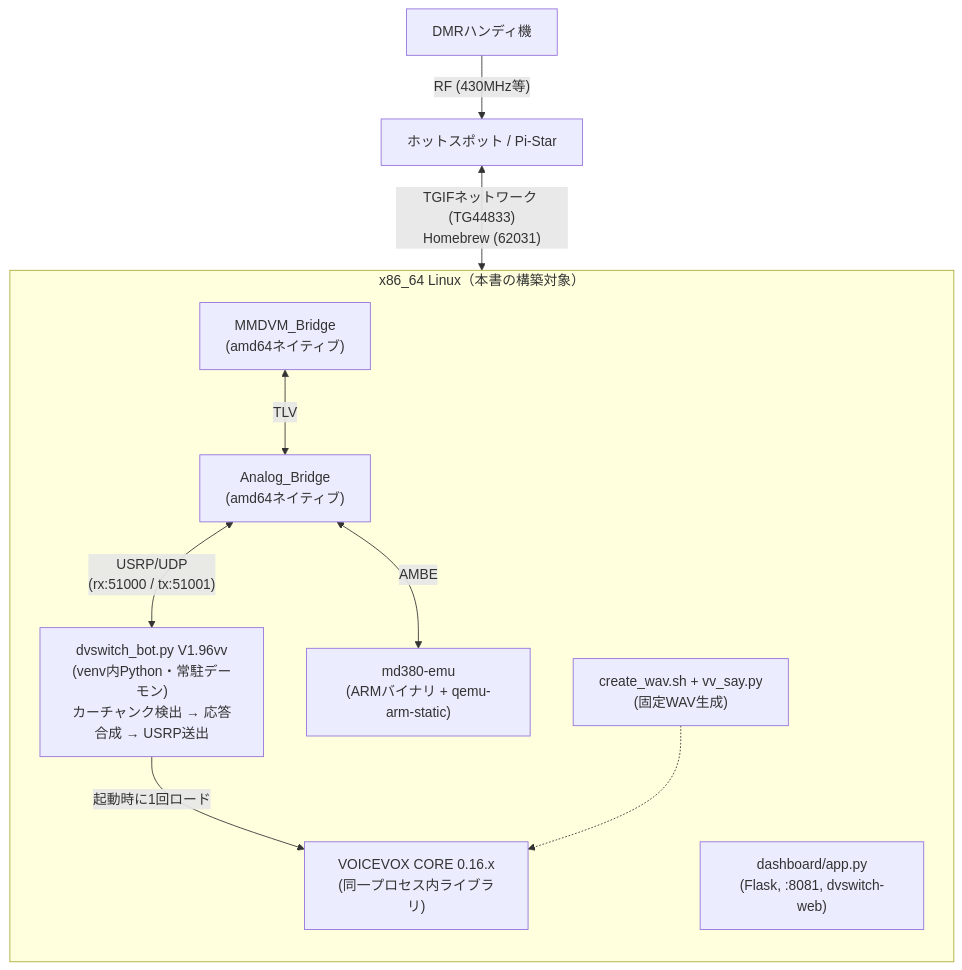
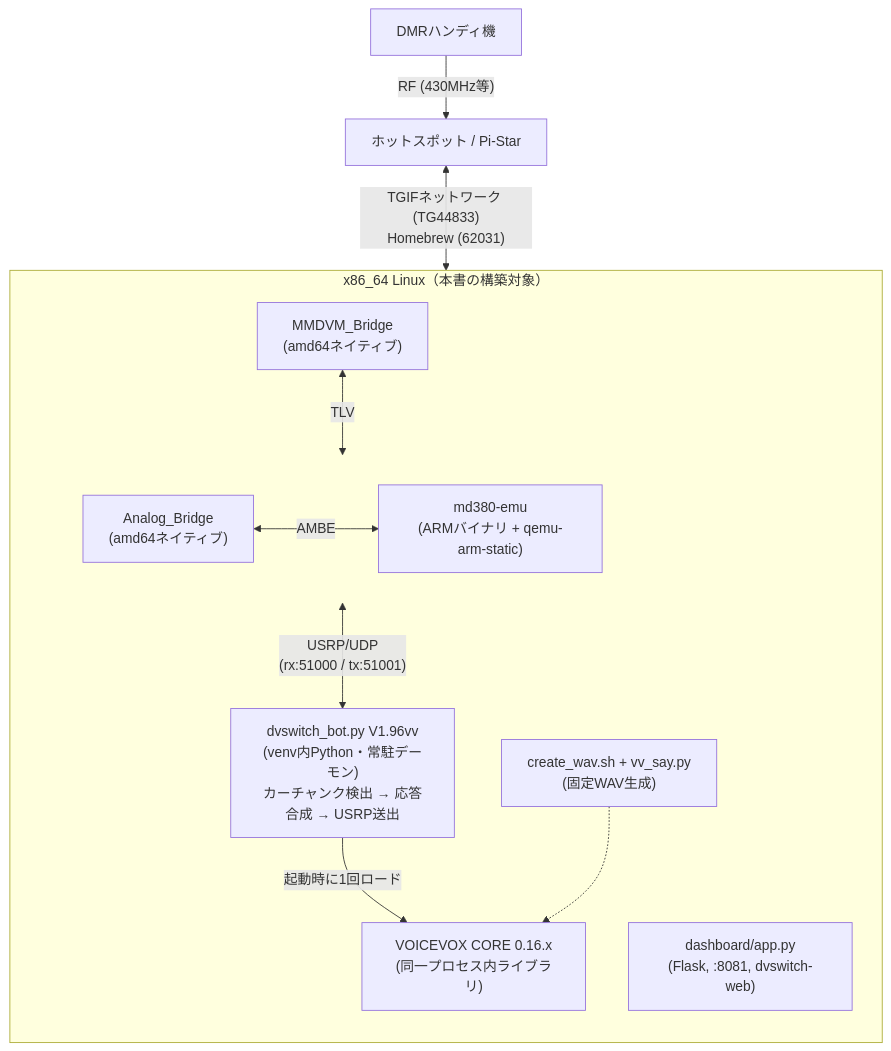
The diagram in dvs_ocv_vv/OpenCCVoice for DVSwitch VV版（VOICEVOX）構築手順書.md (ji2tab/OpenCCVoice-For-DVSwitch), drawn with Mermaid before and after one commit.

Commit message:
docs(vv): 0.2 構成図で md380-emu を Analog_Bridge の右横に配置（縦のスパインを直線化）
Analog_Bridge と md380-emu を direction LR の子サブグラフにまとめて横並びにし、AMBE リンクを水平化。MMDVM_Bridge→Analog_Bridge→dvswitch_bot.py の縦続きが直線になるよう整形。情報・接続関係は不変。

````diff
--- a/dvs_ocv_vv/OpenCCVoice for DVSwitch VV版（VOICEVOX）構築手順書.md
+++ b/dvs_ocv_vv/OpenCCVoice for DVSwitch VV版（VOICEVOX）構築手順書.md
@@ -22,22 +22,26 @@
 ```mermaid
 flowchart TD
     HT["DMRハンディ機"] -- "RF (430MHz等)" --> HS["ホットスポット / Pi-Star"]
     HS <-- "TGIFネットワーク (TG44833)<br/>Homebrew (62031)" --> MB
 
     subgraph HOST ["x86_64 Linux（本書の構築対象）"]
         direction TB
         MB["MMDVM_Bridge<br/>(amd64ネイティブ)"]
-        AB["Analog_Bridge<br/>(amd64ネイティブ)"]
-        EMU["md380-emu<br/>(ARMバイナリ + qemu-arm-static)"]
+        subgraph ABROW [ ]
+            direction LR
+            AB["Analog_Bridge<br/>(amd64ネイティブ)"]
+            EMU["md380-emu<br/>(ARMバイナリ + qemu-arm-static)"]
+        end
         BOT["dvswitch_bot.py V1.96vv<br/>(venv内Python・常駐デーモン)<br/>カーチャンク検出 → 応答合成 → USRP送出"]
         VVC["VOICEVOX CORE 0.16.x<br/>(同一プロセス内ライブラリ)"]
         CW["create_wav.sh + vv_say.py<br/>(固定WAV生成)"]
         DASH["dashboard/app.py<br/>(Flask, :8081, dvswitch-web)"]
 
         MB <-- "TLV" --> AB
+        AB <-- "AMBE" --> EMU
         AB <-- "USRP/UDP<br/>(rx:51000 / tx:51001)" --> BOT
-        AB <-- "AMBE" --> EMU
         BOT -- "起動時に1回ロード" --> VVC
         CW -.-> VVC
     end
+    style ABROW fill:none,stroke:none
 ```
````
